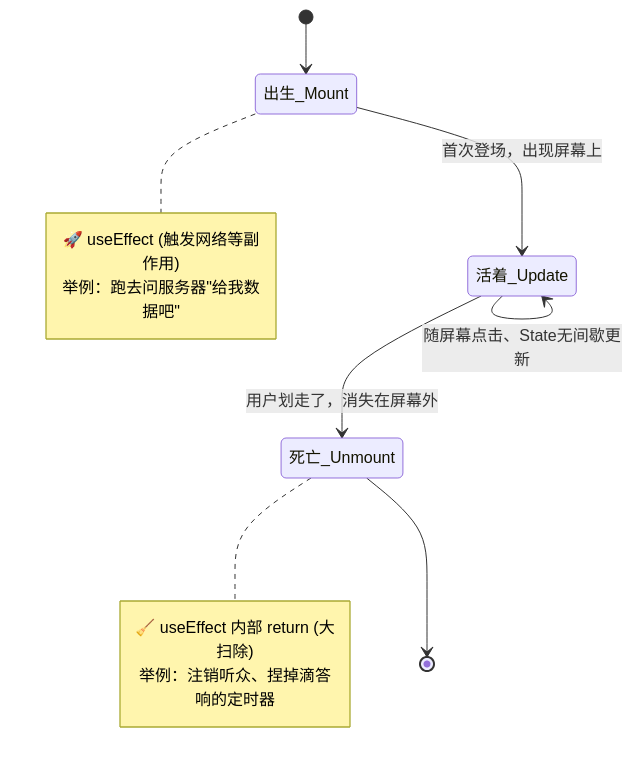
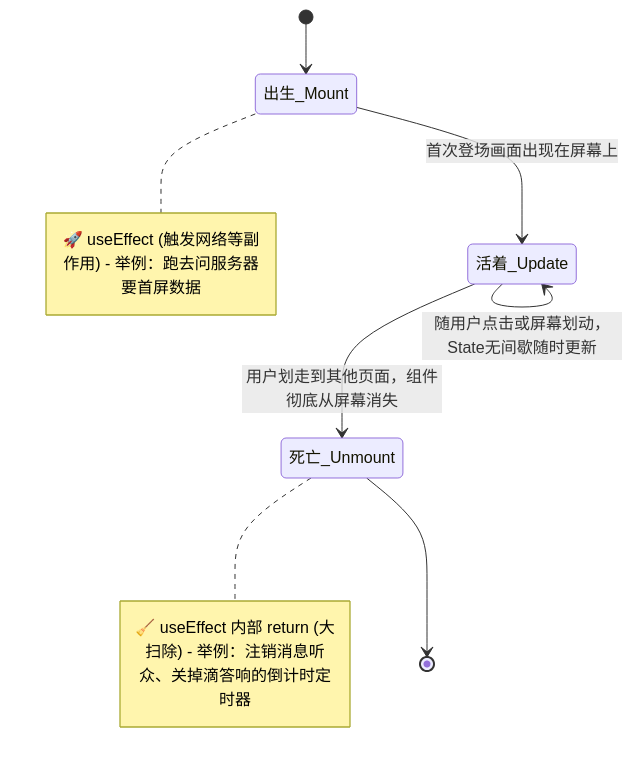
Before and after one commit to litchicoder/rn_demo: the fourth of 5 diagrams in docs/component_principles.md, drawn with Mermaid. The commit also changed other lines of this file, not shown here.

````diff
--- a/docs/component_principles.md
+++ b/docs/component_principles.md
@@ -143,14 +143,14 @@
 ```mermaid
 stateDiagram-v2
     [*] --> 出生_Mount
     
-    出生_Mount --> 活着_Update : 首次登场，出现屏幕上
-    Note right of 出生_Mount : 🚀 useEffect (触发网络等副作用)<br/>举例：跑去问服务器"给我数据吧"
+    出生_Mount --> 活着_Update : 首次登场画面出现在屏幕上
+    Note right of 出生_Mount : 🚀 useEffect (触发网络等副作用) - 举例：跑去问服务器要首屏数据
 
-    活着_Update --> 活着_Update : 随屏幕点击、State无间歇更新
+    活着_Update --> 活着_Update : 随用户点击或屏幕划动，State无间歇随时更新
     
-    活着_Update --> 死亡_Unmount : 用户划走了，消失在屏幕外
-    Note right of 死亡_Unmount : 🧹 useEffect 内部 return (大扫除)<br/>举例：注销听众、捏掉滴答响的定时器
+    活着_Update --> 死亡_Unmount : 用户划走到其他页面，组件彻底从屏幕消失
+    Note right of 死亡_Unmount : 🧹 useEffect 内部 return (大扫除) - 举例：注销消息听众、关掉滴答响的倒计时定时器
 
     死亡_Unmount --> [*]
 ```
````
